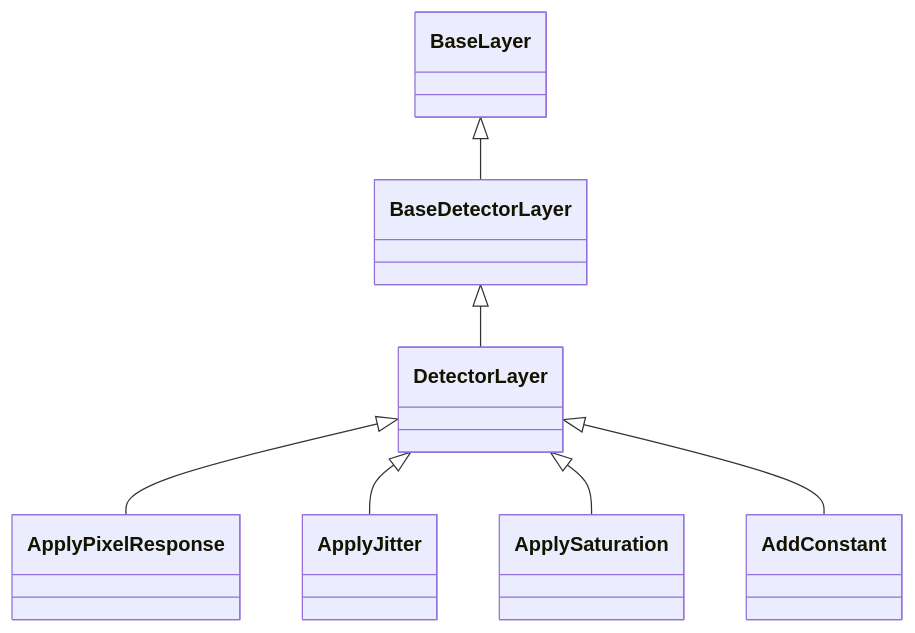
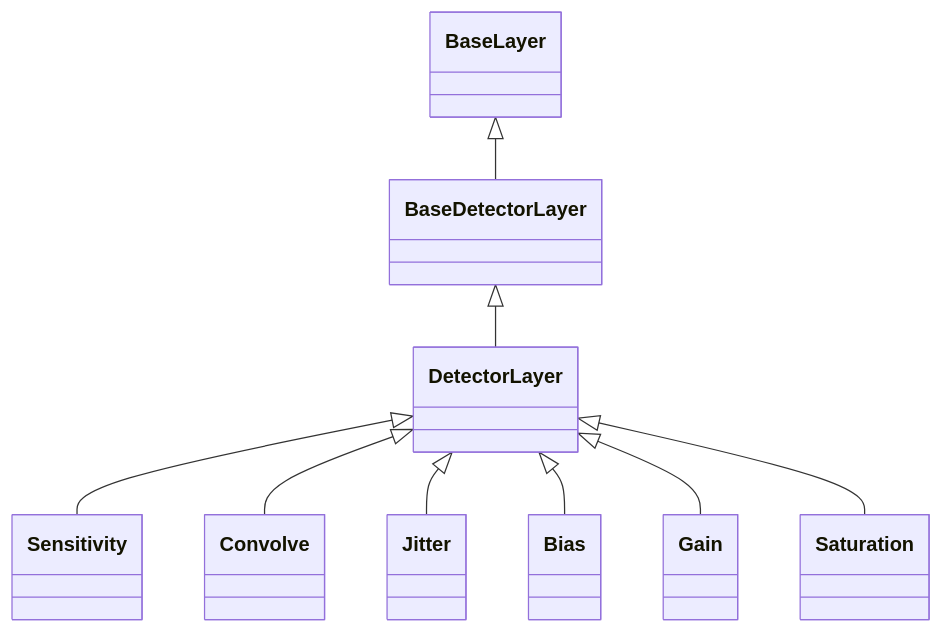
The diagram in docs/API/layers/detector.md (LouisDesdoigts/dLux), drawn with Mermaid before and after one commit. The commit also changed other lines of this file and 6 other files, not shown here.

````diff
--- a/docs/API/layers/detector.md
+++ b/docs/API/layers/detector.md
@@ -7,22 +7,28 @@
 ```mermaid
 classDiagram
     class dLux_layers_detector_BaseDetectorLayer["BaseDetectorLayer"]
     class dLux_layers_detector_DetectorLayer["DetectorLayer"]
-    class dLux_layers_detector_ApplyPixelResponse["ApplyPixelResponse"]
-    class dLux_layers_detector_ApplyJitter["ApplyJitter"]
-    class dLux_layers_detector_ApplySaturation["ApplySaturation"]
-    class dLux_layers_detector_AddConstant["AddConstant"]
+    class dLux_layers_detector_Sensitivity["Sensitivity"]
+    class dLux_layers_detector_Convolve["Convolve"]
+    class dLux_layers_detector_Jitter["Jitter"]
+    class dLux_layers_detector_Bias["Bias"]
+    class dLux_layers_detector_Gain["Gain"]
+    class dLux_layers_detector_Saturation["Saturation"]
     class dLux_layers_optical_BaseLayer["BaseLayer"]
     dLux_layers_optical_BaseLayer <|-- dLux_layers_detector_BaseDetectorLayer
-    click dLux_layers_detector_BaseDetectorLayer href "#dLux.layers.detector.BaseDetectorLayer" "No direct public attributes or methods"
+    click dLux_layers_detector_BaseDetectorLayer href "#dLux.layers.detector.BaseDetectorLayer" "Methods: apply()"
     dLux_layers_detector_BaseDetectorLayer <|-- dLux_layers_detector_DetectorLayer
-    click dLux_layers_detector_DetectorLayer href "#dLux.layers.detector.DetectorLayer" "No direct public attributes or methods"
-    dLux_layers_detector_DetectorLayer <|-- dLux_layers_detector_ApplyPixelResponse
-    click dLux_layers_detector_ApplyPixelResponse href "#dLux.layers.detector.ApplyPixelResponse" "Attributes: pixel_response"
-    dLux_layers_detector_DetectorLayer <|-- dLux_layers_detector_ApplyJitter
-    click dLux_layers_detector_ApplyJitter href "#dLux.layers.detector.ApplyJitter" "Attributes: sigma, kernel_size, oversample · Properties: kernel"
-    dLux_layers_detector_DetectorLayer <|-- dLux_layers_detector_ApplySaturation
-    click dLux_layers_detector_ApplySaturation href "#dLux.layers.detector.ApplySaturation" "Attributes: threshold"
-    dLux_layers_detector_DetectorLayer <|-- dLux_layers_detector_AddConstant
-    click dLux_layers_detector_AddConstant href "#dLux.layers.detector.AddConstant" "Attributes: value"
+    click dLux_layers_detector_DetectorLayer href "#dLux.layers.detector.DetectorLayer" "Methods: context()"
+    dLux_layers_detector_DetectorLayer <|-- dLux_layers_detector_Sensitivity
+    click dLux_layers_detector_Sensitivity href "#dLux.layers.detector.Sensitivity" "Attributes: response · Methods: apply()"
+    dLux_layers_detector_DetectorLayer <|-- dLux_layers_detector_Convolve
+    click dLux_layers_detector_Convolve href "#dLux.layers.detector.Convolve" "Attributes: kernel · Methods: apply()"
+    dLux_layers_detector_DetectorLayer <|-- dLux_layers_detector_Jitter
+    click dLux_layers_detector_Jitter href "#dLux.layers.detector.Jitter" "Attributes: sigma, kernel_size, oversample · Methods: kernel(), apply()"
+    dLux_layers_detector_DetectorLayer <|-- dLux_layers_detector_Bias
+    click dLux_layers_detector_Bias href "#dLux.layers.detector.Bias" "Attributes: bias · Methods: apply()"
+    dLux_layers_detector_DetectorLayer <|-- dLux_layers_detector_Gain
+    click dLux_layers_detector_Gain href "#dLux.layers.detector.Gain" "Attributes: gain · Methods: apply()"
+    dLux_layers_detector_DetectorLayer <|-- dLux_layers_detector_Saturation
+    click dLux_layers_detector_Saturation href "#dLux.layers.detector.Saturation" "Attributes: limit · Methods: apply()"
 ```
````
